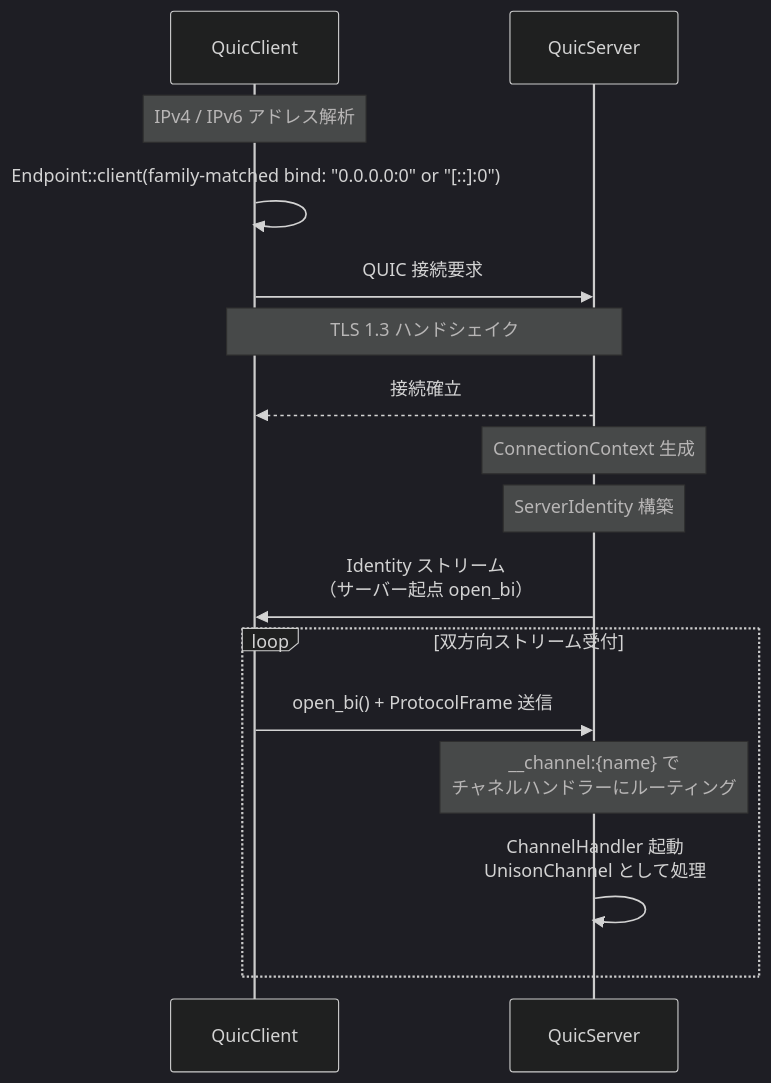
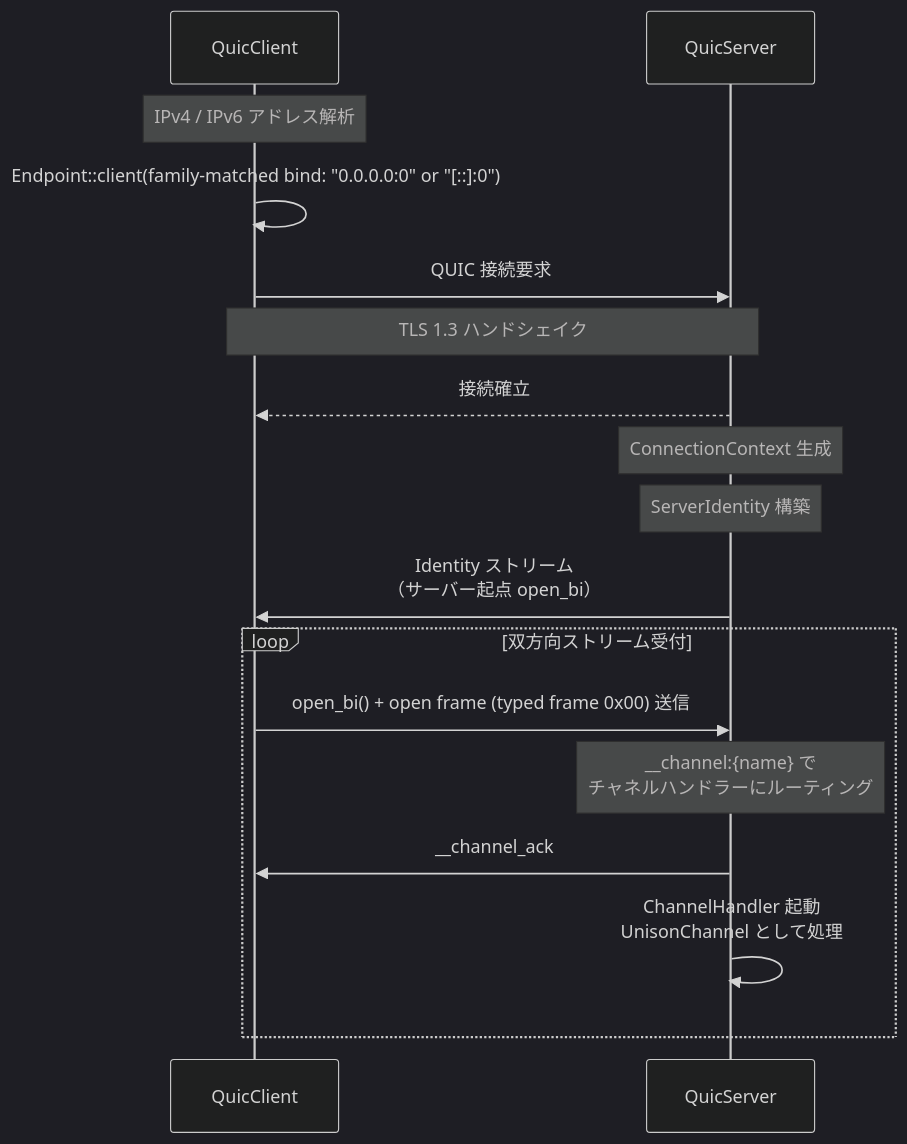
One commit to chronista-club/club-unison changed the eighth of 8 diagrams in spec/01-core-concept/SPEC.md. Above: the diagram before and after it, drawn with Mermaid (dark theme). The commit also changed other lines of this file and 24 other files, not shown here.

````diff
--- a/spec/01-core-concept/SPEC.md
+++ b/spec/01-core-concept/SPEC.md
@@ -326,22 +311,23 @@
 ```mermaid
 sequenceDiagram
     participant C as QuicClient
     participant S as QuicServer
 
     Note over C: IPv4 / IPv6 アドレス解析
     C->>C: Endpoint::client(family-matched bind: "0.0.0.0:0" or "[::]:0")
     C->>S: QUIC 接続要求
     Note over C,S: TLS 1.3 ハンドシェイク
     S-->>C: 接続確立
 
     Note over S: ConnectionContext 生成
     Note over S: ServerIdentity 構築
 
     S->>C: Identity ストリーム<br/>（サーバー起点 open_bi）
 
     loop 双方向ストリーム受付
-        C->>S: open_bi() + ProtocolFrame 送信
+        C->>S: open_bi() + open frame (typed frame 0x00) 送信
         Note over S: __channel:{name} で<br/>チャネルハンドラーにルーティング
+        S->>C: __channel_ack
         S->>S: ChannelHandler 起動<br/>UnisonChannel として処理
     end
 ```
````
